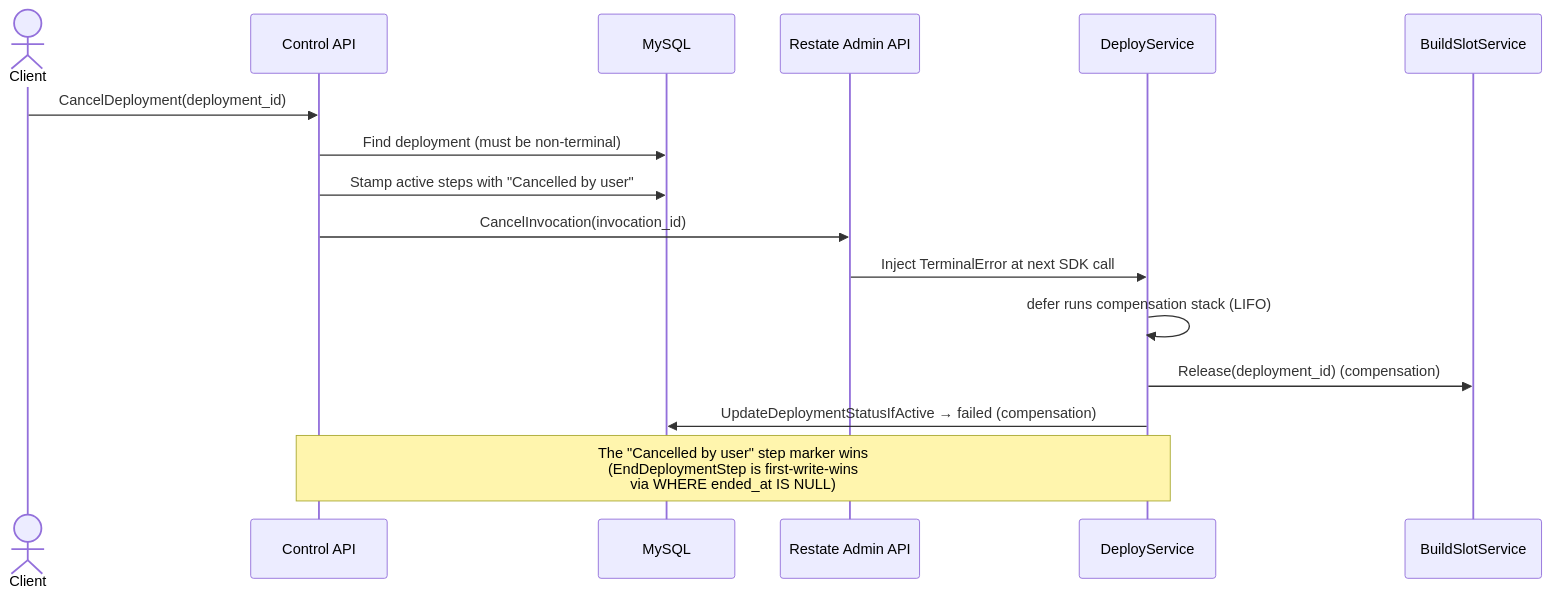
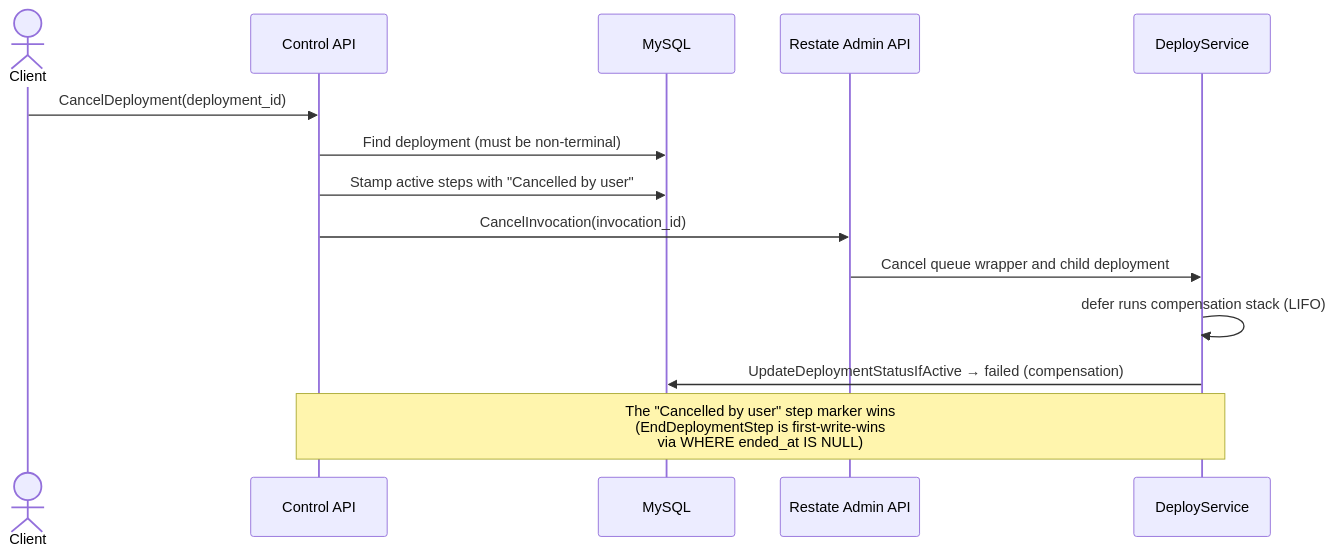
The second of 4 diagrams in docs/engineering/architecture/services/control-plane/worker/workflows/deployments.mdx (unkeyed/unkey), drawn with Mermaid before and after one commit. The commit also changed other lines of this file and 90 other files, not shown here.

First line of the commit message:
feat(ctrl): migrate build concurrency to Restate vqueues

````diff
--- a/docs/engineering/architecture/services/control-plane/worker/workflows/deployments.mdx
+++ b/docs/engineering/architecture/services/control-plane/worker/workflows/deployments.mdx
@@ -64,19 +62,17 @@
 ```mermaid
 sequenceDiagram
   actor Client
   participant CtrlAPI as Control API
   participant DB as MySQL
   participant RestateAdmin as Restate Admin API
   participant Worker as DeployService
-  participant BuildSlot as BuildSlotService
 
   Client->>CtrlAPI: CancelDeployment(deployment_id)
   CtrlAPI->>DB: Find deployment (must be non-terminal)
   CtrlAPI->>DB: Stamp active steps with "Cancelled by user"
   CtrlAPI->>RestateAdmin: CancelInvocation(invocation_id)
-  RestateAdmin->>Worker: Inject TerminalError at next SDK call
+  RestateAdmin->>Worker: Cancel queue wrapper and child deployment
   Worker->>Worker: defer runs compensation stack (LIFO)
-  Worker->>BuildSlot: Release(deployment_id) (compensation)
   Worker->>DB: UpdateDeploymentStatusIfActive → failed (compensation)
   Note over CtrlAPI,Worker: The "Cancelled by user" step marker wins<br/>(EndDeploymentStep is first-write-wins<br/>via WHERE ended_at IS NULL)
 ```
````
